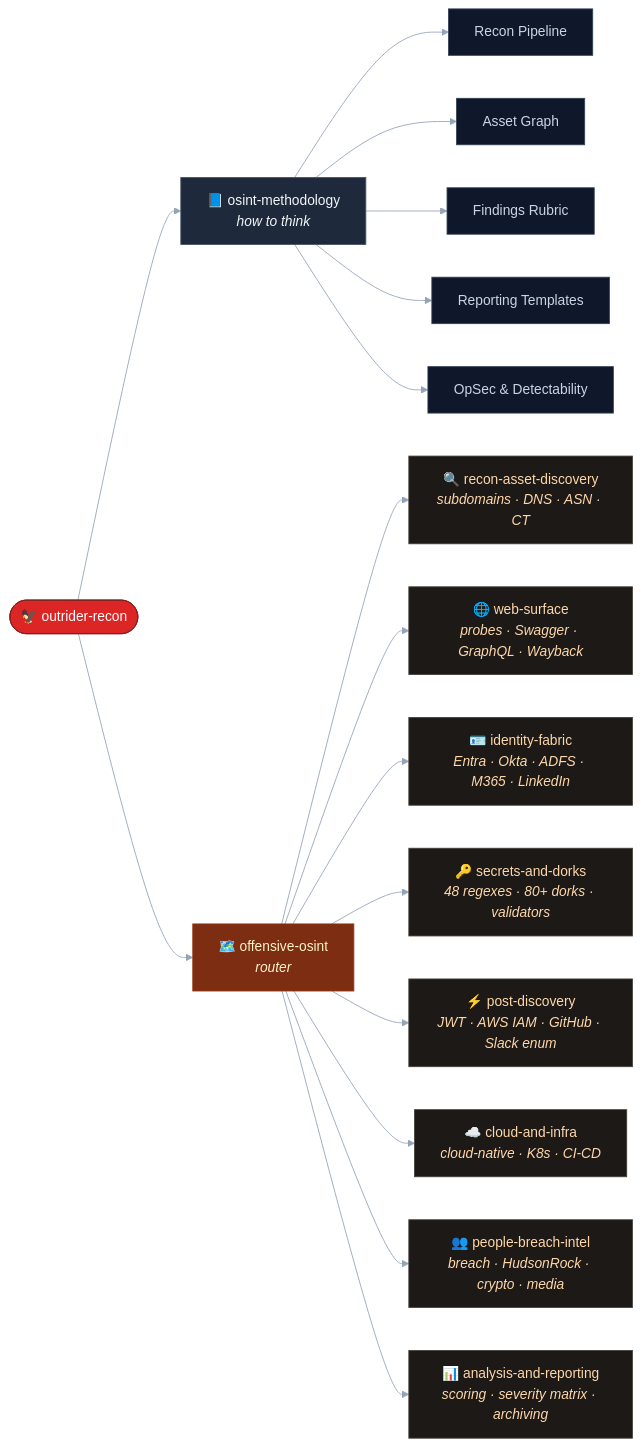
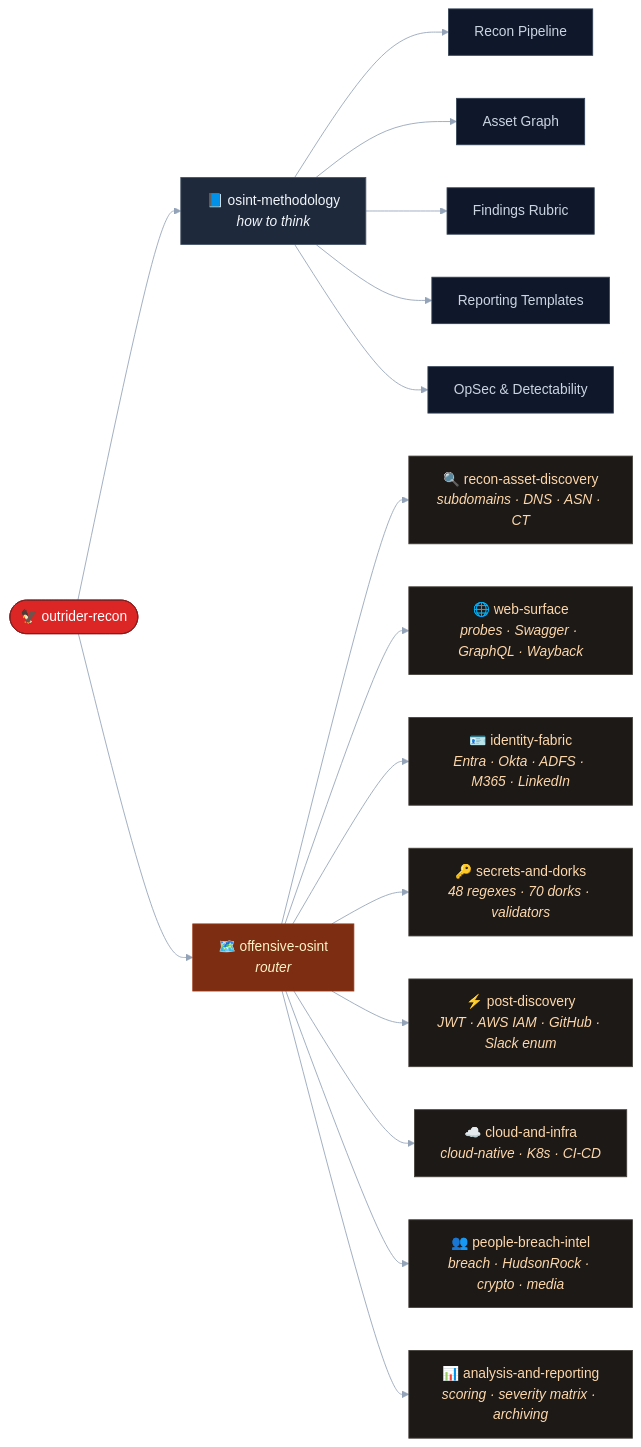
One commit to Ap6pack/outrider-recon changed the eighth of 9 diagrams in docs/architecture.md. Above: the diagram before and after it, drawn with Mermaid. The commit also changed other lines of this file and 32 other files, not shown here.

````diff
--- a/docs/architecture.md
+++ b/docs/architecture.md
@@ -226,40 +226,40 @@
 ```mermaid
 %%{init: {'theme':'base', 'themeVariables': {'primaryColor':'#1e293b','primaryTextColor':'#f1f5f9','primaryBorderColor':'#475569','lineColor':'#94a3b8'}}}%%
 flowchart LR
     Root(["🦅 outrider-recon"])
 
     Root --> M["📘 osint-methodology<br/><i>how to think</i>"]
     Root --> R["🗺️ offensive-osint<br/><i>router</i>"]
 
     M --> M1[Recon Pipeline]
     M --> M2[Asset Graph]
     M --> M3[Findings Rubric]
     M --> M4[Reporting Templates]
     M --> M5[OpSec & Detectability]
 
     R --> S1["🔍 recon-asset-discovery<br/><i>subdomains · DNS · ASN · CT</i>"]
     R --> S2["🌐 web-surface<br/><i>probes · Swagger · GraphQL · Wayback</i>"]
     R --> S3["🪪 identity-fabric<br/><i>Entra · Okta · ADFS · M365 · LinkedIn</i>"]
-    R --> S4["🔑 secrets-and-dorks<br/><i>48 regexes · 80+ dorks · validators</i>"]
+    R --> S4["🔑 secrets-and-dorks<br/><i>48 regexes · 70 dorks · validators</i>"]
     R --> S5["⚡ post-discovery<br/><i>JWT · AWS IAM · GitHub · Slack enum</i>"]
     R --> S6["☁️ cloud-and-infra<br/><i>cloud-native · K8s · CI-CD</i>"]
     R --> S7["👥 people-breach-intel<br/><i>breach · HudsonRock · crypto · media</i>"]
     R --> S8["📊 analysis-and-reporting<br/><i>scoring · severity matrix · archiving</i>"]
 
     style Root fill:#dc2626,stroke:#7f1d1d,color:#fff
     style M fill:#1e293b,stroke:#475569,color:#f1f5f9
     style R fill:#7c2d12,stroke:#9a3412,color:#fef3c7
     style M1 fill:#0f172a,stroke:#334155,color:#cbd5e1
     style M2 fill:#0f172a,stroke:#334155,color:#cbd5e1
     style M3 fill:#0f172a,stroke:#334155,color:#cbd5e1
     style M4 fill:#0f172a,stroke:#334155,color:#cbd5e1
     style M5 fill:#0f172a,stroke:#334155,color:#cbd5e1
     style S1 fill:#1c1917,stroke:#44403c,color:#fed7aa
     style S2 fill:#1c1917,stroke:#44403c,color:#fed7aa
     style S3 fill:#1c1917,stroke:#44403c,color:#fed7aa
     style S4 fill:#1c1917,stroke:#44403c,color:#fed7aa
     style S5 fill:#1c1917,stroke:#44403c,color:#fed7aa
     style S6 fill:#1c1917,stroke:#44403c,color:#fed7aa
     style S7 fill:#1c1917,stroke:#44403c,color:#fed7aa
     style S8 fill:#1c1917,stroke:#44403c,color:#fed7aa
 ```
````
